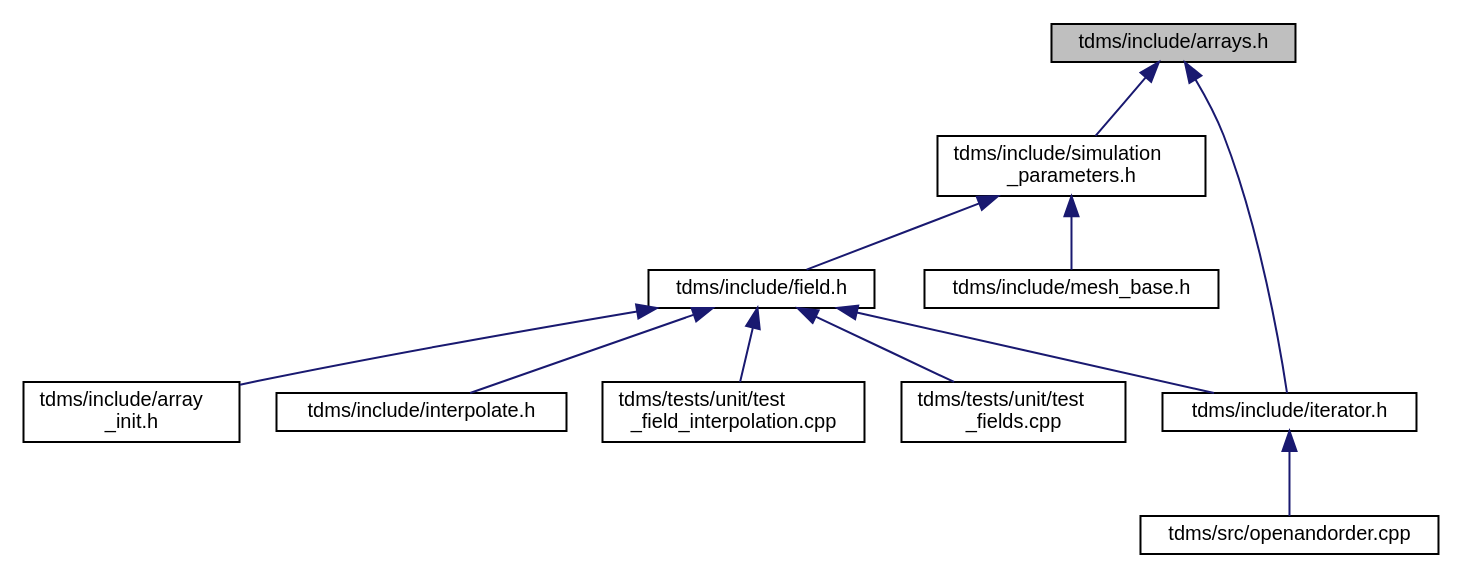
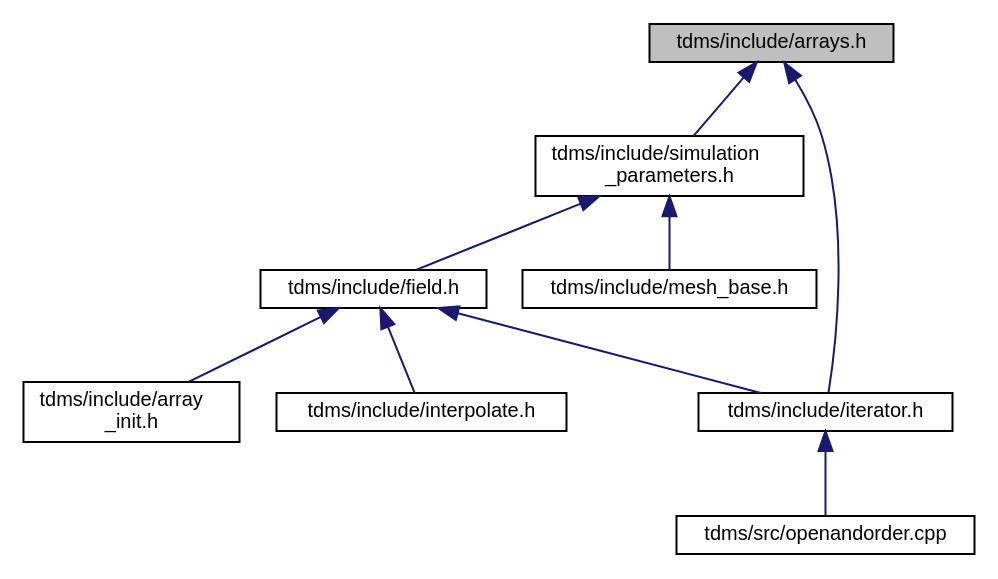
One commit to UCL/TDMS changed the diagram in arrays_8h__dep__incl.dot. Above: the diagram before and after it, drawn with Graphviz. The commit also changed 101 other files, not shown here.

```diff
--- a/arrays_8h__dep__incl.dot
+++ b/arrays_8h__dep__incl.dot
@@ -1,26 +1,22 @@
 digraph "tdms/include/arrays.h"
 {
  // LATEX_PDF_SIZE
   edge [fontname="Helvetica",fontsize="10",labelfontname="Helvetica",labelfontsize="10"];
   node [fontname="Helvetica",fontsize="10",shape=record];
   Node1 [label="tdms/include/arrays.h",height=0.2,width=0.4,color="black", fillcolor="grey75", style="filled", fontcolor="black",tooltip="Classes describing arrays, vertices etc."];
   Node1 -> Node2 [dir="back",color="midnightblue",fontsize="10",style="solid",fontname="Helvetica"];
   Node2 [label="tdms/include/simulation\l_parameters.h",height=0.2,width=0.4,color="black", fillcolor="white", style="filled",URL="$simulation__parameters_8h.html",tooltip="Classes collecting parameters for the simulation."];
   Node2 -> Node3 [dir="back",color="midnightblue",fontsize="10",style="solid",fontname="Helvetica"];
   Node3 [label="tdms/include/field.h",height=0.2,width=0.4,color="black", fillcolor="white", style="filled",URL="$field_8h.html",tooltip="Classes for the electric and magnetic (split) fields on a grid."];
   Node3 -> Node4 [dir="back",color="midnightblue",fontsize="10",style="solid",fontname="Helvetica"];
   Node4 [label="tdms/include/array\l_init.h",height=0.2,width=0.4,color="black", fillcolor="white", style="filled",URL="$array__init_8h.html",tooltip="A collection of functions for array initialisation given MATLAB pointers."];
   Node3 -> Node5 [dir="back",color="midnightblue",fontsize="10",style="solid",fontname="Helvetica"];
   Node5 [label="tdms/include/interpolate.h",height=0.2,width=0.4,color="black", fillcolor="white", style="filled",URL="$interpolate_8h.html",tooltip="Interpolation of field values within FDTD grid."];
   Node3 -> Node6 [dir="back",color="midnightblue",fontsize="10",style="solid",fontname="Helvetica"];
   Node6 [label="tdms/include/iterator.h",height=0.2,width=0.4,color="black", fillcolor="white", style="filled",URL="$iterator_8h.html",tooltip="The main time propogation algorithm."];
   Node6 -> Node7 [dir="back",color="midnightblue",fontsize="10",style="solid",fontname="Helvetica"];
   Node7 [label="tdms/src/openandorder.cpp",height=0.2,width=0.4,color="black", fillcolor="white", style="filled",URL="$openandorder_8cpp.html",tooltip="Launch and file IO."];
-  Node3 -> Node8 [dir="back",color="midnightblue",fontsize="10",style="solid",fontname="Helvetica"];
-  Node8 [label="tdms/tests/unit/test\l_field_interpolation.cpp",height=0.2,width=0.4,color="black", fillcolor="white", style="filled",URL="$test__field__interpolation_8cpp.html",tooltip="Tests interpolation of E- and H-fields and compares the errors against MATLAB benchmarks."];
-  Node3 -> Node9 [dir="back",color="midnightblue",fontsize="10",style="solid",fontname="Helvetica"];
-  Node9 [label="tdms/tests/unit/test\l_fields.cpp",height=0.2,width=0.4,color="black", fillcolor="white", style="filled",URL="$test__fields_8cpp.html",tooltip="Test of the Field class and subclasses."];
-  Node2 -> Node10 [dir="back",color="midnightblue",fontsize="10",style="solid",fontname="Helvetica"];
-  Node10 [label="tdms/include/mesh_base.h",height=0.2,width=0.4,color="black", fillcolor="white", style="filled",URL="$mesh__base_8h.html",tooltip="Generation of orientated mesh."];
+  Node2 -> Node8 [dir="back",color="midnightblue",fontsize="10",style="solid",fontname="Helvetica"];
+  Node8 [label="tdms/include/mesh_base.h",height=0.2,width=0.4,color="black", fillcolor="white", style="filled",URL="$mesh__base_8h.html",tooltip="Generation of orientated mesh."];
   Node1 -> Node6 [dir="back",color="midnightblue",fontsize="10",style="solid",fontname="Helvetica"];
 }
```
